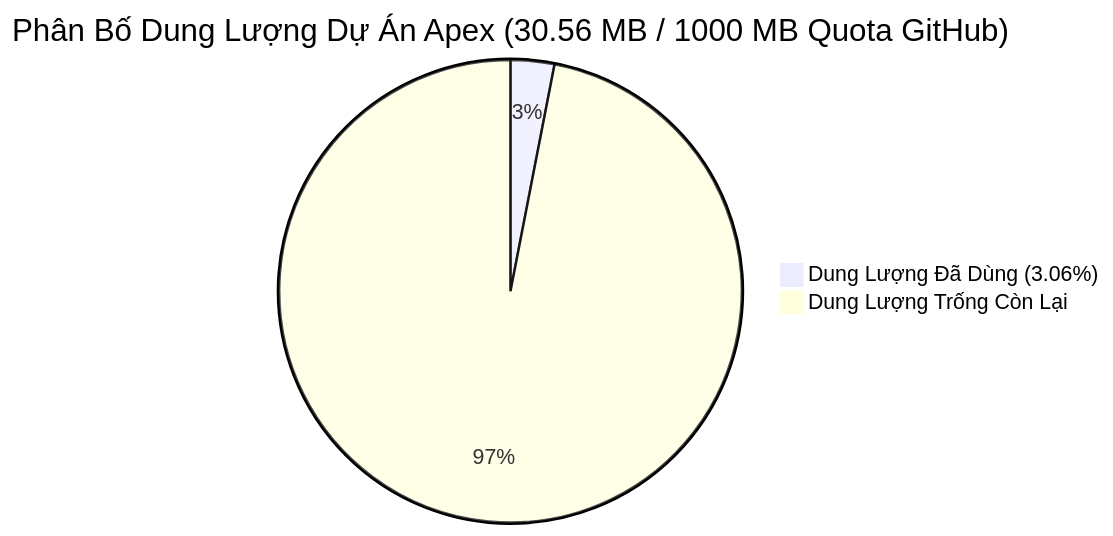
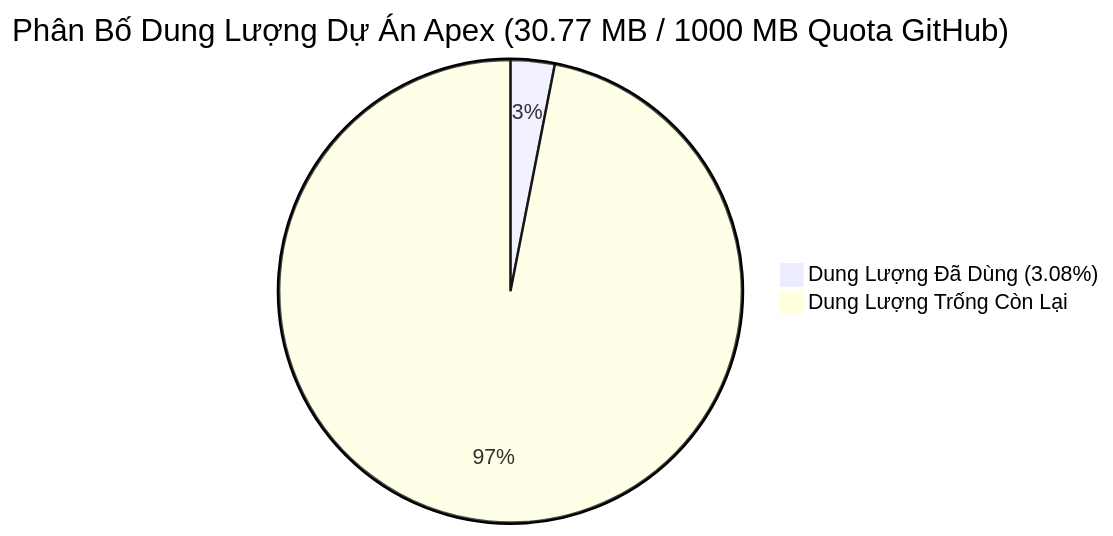
One commit to Thienphuoctran/apex-hedge-fund changed the diagram in 12_Institutional_Ombudsman_And_Inspectorate/daily_audits/2026-11-18_Infrastructure_Health_And_Capacity_Audit.md. Above: the diagram before and after it, drawn with Mermaid. The commit also changed other lines of this file and 17 other files, not shown here.

````diff
--- a/12_Institutional_Ombudsman_And_Inspectorate/daily_audits/2026-11-18_Infrastructure_Health_And_Capacity_Audit.md
+++ b/12_Institutional_Ombudsman_And_Inspectorate/daily_audits/2026-11-18_Infrastructure_Health_And_Capacity_Audit.md
@@ -15,5 +15,5 @@
 ```mermaid
-pie title Phân Bố Dung Lượng Dự Án Apex (30.56 MB / 1000 MB Quota GitHub)
-    "Dung Lượng Đã Dùng (3.06%)" : 30.56
-    "Dung Lượng Trống Còn Lại" : 969.44
+pie title Phân Bố Dung Lượng Dự Án Apex (30.77 MB / 1000 MB Quota GitHub)
+    "Dung Lượng Đã Dùng (3.08%)" : 30.77
+    "Dung Lượng Trống Còn Lại" : 969.23
 ```
````
